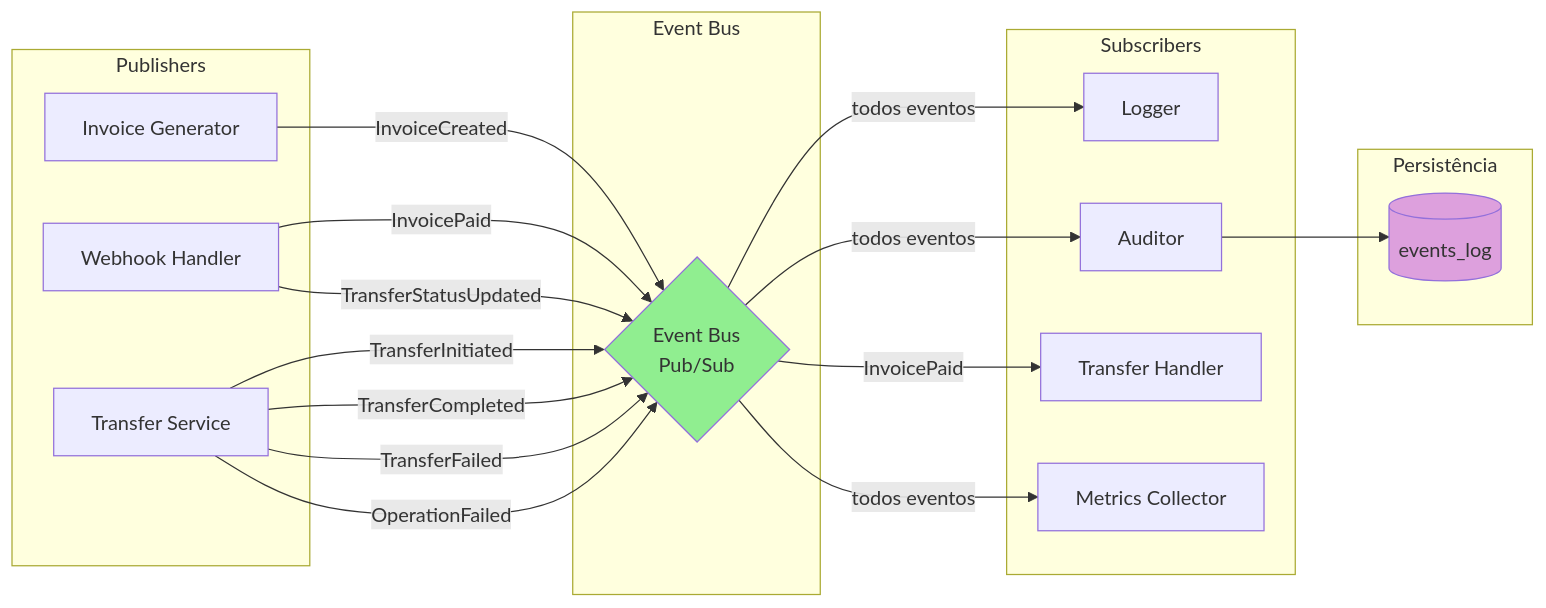
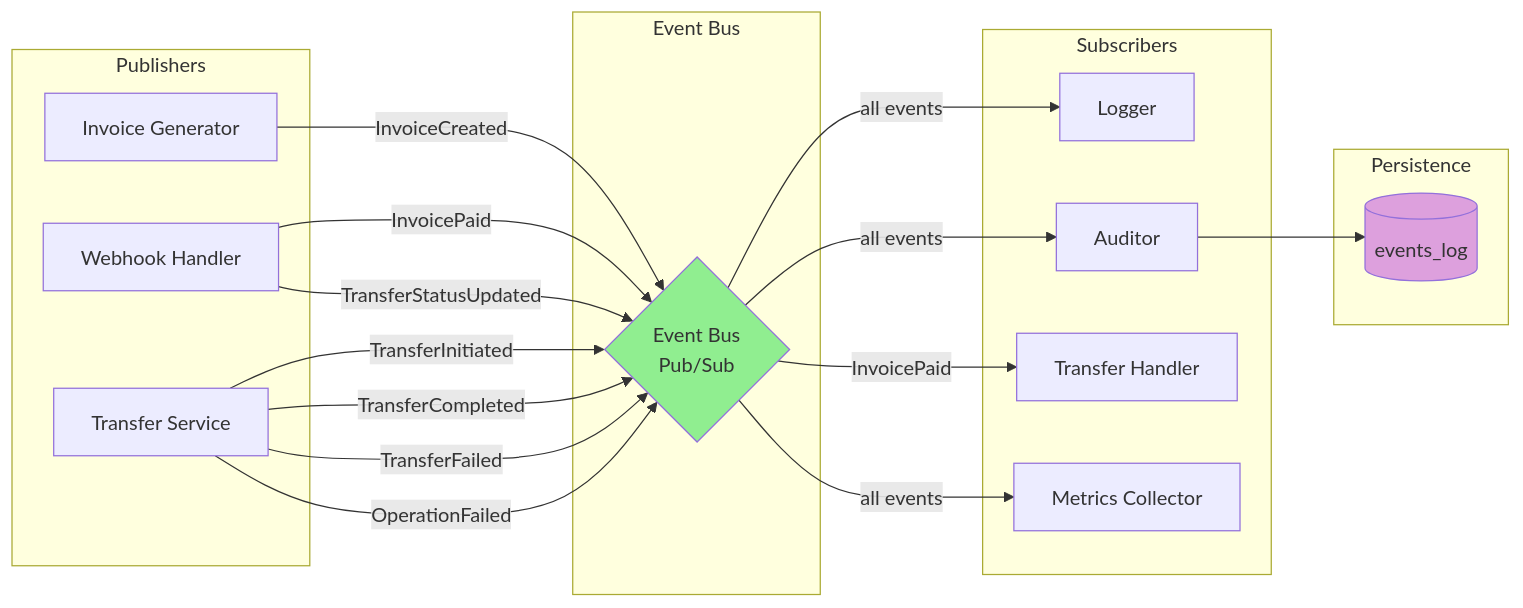
One commit to rcaran/stark-bank-challenge changed the sixth of 8 diagrams in docs/challenge.md. Above: the diagram before and after it, drawn with Mermaid. The commit also changed other lines of this file and 13 other files, not shown here.

````diff
--- a/docs/challenge.md
+++ b/docs/challenge.md
@@ -604,41 +601,41 @@
 ```mermaid
 graph LR
     subgraph "Publishers"
         IG[Invoice Generator]
         WH[Webhook Handler]
         TS[Transfer Service]
     end
     
     subgraph "Event Bus"
         EB{Event Bus\nPub/Sub}
     end
     
     subgraph "Subscribers"
         L[Logger]
         A[Auditor]
         TH[Transfer Handler]
         M[Metrics Collector]
     end
     
-    subgraph "Persistência"
+    subgraph "Persistence"
         DB[(events_log)]
     end
     
     IG -->|InvoiceCreated| EB
     WH -->|InvoicePaid| EB
     WH -->|TransferStatusUpdated| EB
     TS -->|TransferInitiated| EB
     TS -->|TransferCompleted| EB
     TS -->|TransferFailed| EB
     TS -->|OperationFailed| EB
     
-    EB -->|todos eventos| L
-    EB -->|todos eventos| A
+    EB -->|all events| L
+    EB -->|all events| A
     EB -->|InvoicePaid| TH
-    EB -->|todos eventos| M
+    EB -->|all events| M
     
     A --> DB
     
     style EB fill:#90EE90
     style DB fill:#DDA0DD
 ```
````
